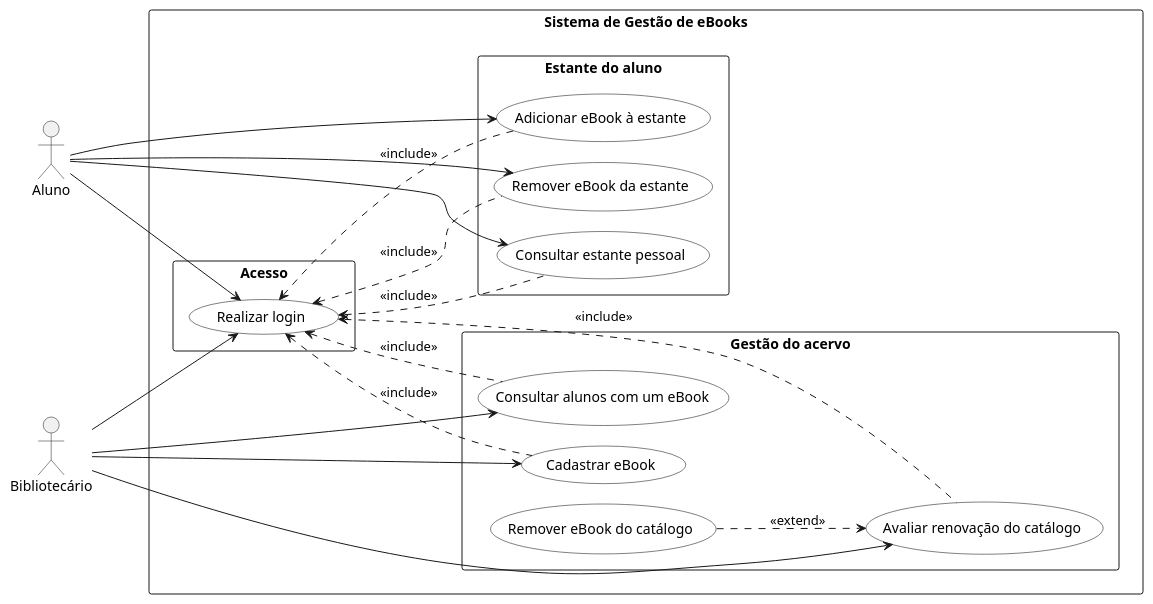
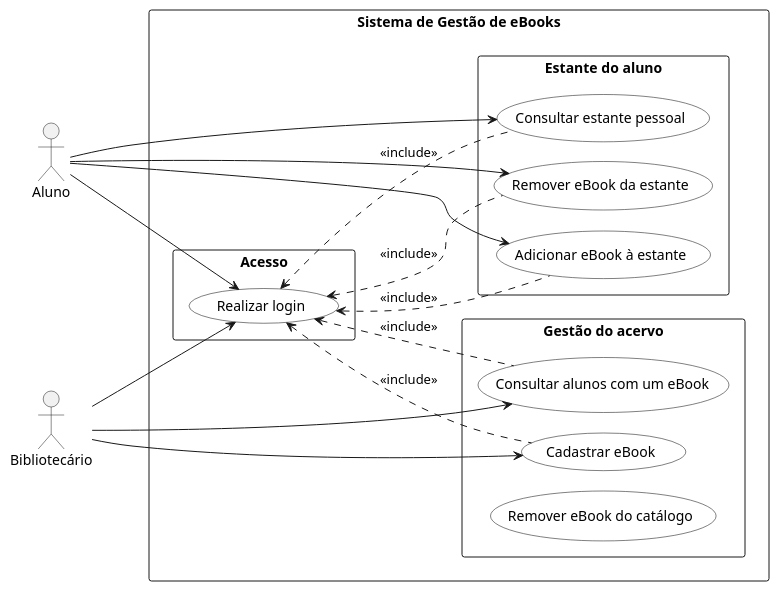
Before and after one commit to lucasnmc12/lab01-ebooks-biblioteca: the diagram in docs/diagramas/casos-de-uso.puml, drawn with PlantUML.

Commit message:
UC diagram - Exclusão do UC avaliar renovação do catálogo

```diff
--- a/docs/diagramas/casos-de-uso.puml
+++ b/docs/diagramas/casos-de-uso.puml
@@ -1,68 +1,64 @@
 @startuml casos_de_uso_ebooks
 ' ---------------------------------------------------------------
 ' Sistema de Gestao de eBooks da Biblioteca Universitaria
 ' Lab01S01 - Diagrama de Casos de Uso
 '
 ' Responsaveis:
 '   Lucas Nogueira ..... UC07, UC08, UC09, UC10, UC11, UC12 (Bibliotecario)
 '   Pedro Resende ...... UC01, UC02, UC03, UC04, UC05, UC06 (Aluno / acesso)
 ' ---------------------------------------------------------------
 
 left to right direction
 skinparam packageStyle rectangle
 skinparam shadowing false
 skinparam nodesep 20
 skinparam ranksep 80
 skinparam usecase {
   BackgroundColor White
   BorderColor Black
 }
 
 actor "Aluno" as Aluno
 actor "Bibliotecário" as Bibliotecario
 
 rectangle "Sistema de Gestão de eBooks" {
 
   package "Acesso" {
     usecase "Realizar login" as UC01
   }
 
   package "Estante do aluno" {
     usecase "Adicionar eBook à estante" as UC02
     usecase "Remover eBook da estante" as UC03
     usecase "Consultar estante pessoal" as UC04
   }
 
   package "Gestão do acervo" {
     usecase "Cadastrar eBook" as UC07
     usecase "Consultar alunos com um eBook" as UC09
-    usecase "Avaliar renovação do catálogo" as UC11
     usecase "Remover eBook do catálogo" as UC12
   }
 }
 
 Aluno --> UC01
 Bibliotecario --> UC01
 
 Aluno --> UC02
 Aluno --> UC03
 Aluno --> UC04
 
 Bibliotecario --> UC07
 Bibliotecario --> UC09
-Bibliotecario --> UC11
 
 ' Login e incluido por todos os casos de uso que exigem usuario autenticado.
 ' A seta esta escrita como "UC01 <.. UCxx" apenas para o PlantUML posicionar
 ' o login proximo aos atores; a dependencia continua saindo de UCxx para UC01.
 UC01 <.. UC02 : <<include>>
 UC01 <.. UC03 : <<include>>
 UC01 <.. UC04 : <<include>>
 UC01 <.. UC07 : <<include>>
 UC01 <.. UC09 : <<include>>
-UC01 <.. UC11 : <<include>>
 
 ' Extend: a remocao do catalogo so acontece quando o eBook nao alcanca
 ' o minimo de 3 alunos ao final do periodo de acesso.
-UC12 ..> UC11 : <<extend>>
 @enduml
```
